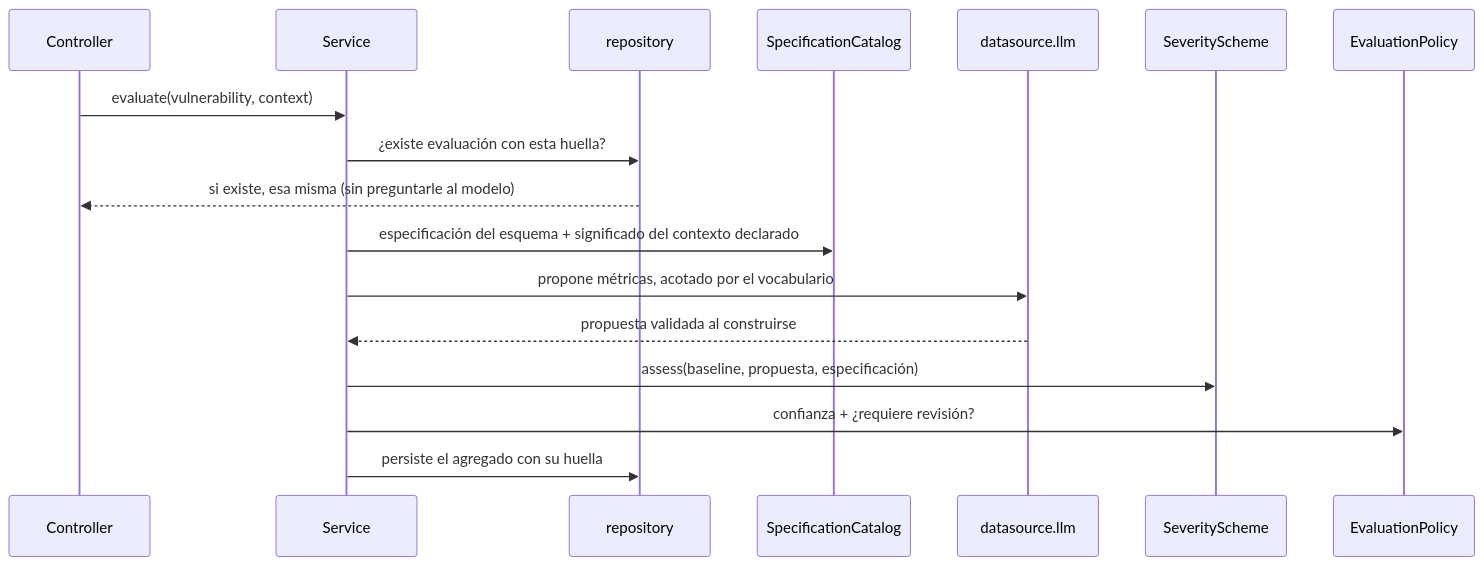
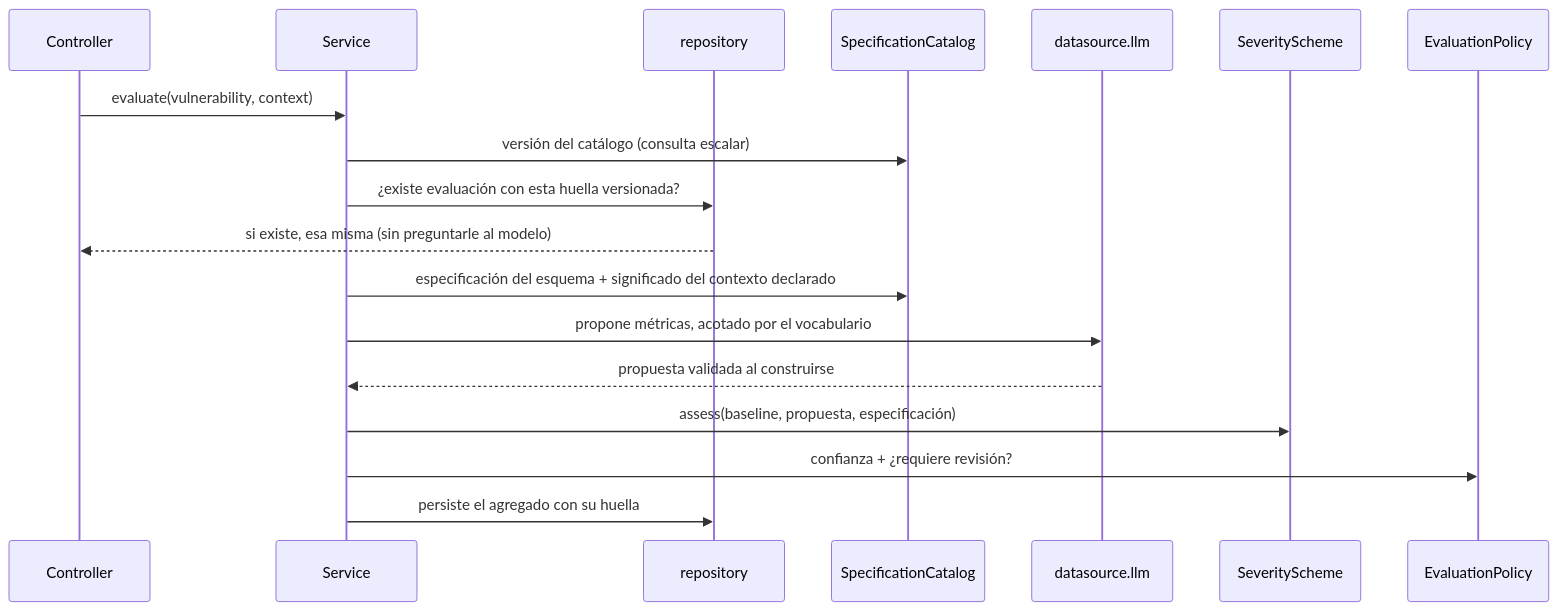
Before and after one commit to ssomma/vuln-severity-evaluator: the second of 2 diagrams in docs/guide/add/README.md, drawn with Mermaid. The commit also changed other lines of this file and 24 other files, not shown here.

````diff
--- a/docs/guide/add/README.md
+++ b/docs/guide/add/README.md
@@ -108,20 +108,21 @@
 ```mermaid
 sequenceDiagram
     participant C as Controller
     participant S as Service
     participant R as repository
     participant K as SpecificationCatalog
     participant M as datasource.llm
     participant E as SeverityScheme
     participant P as EvaluationPolicy
 
     C->>S: evaluate(vulnerability, context)
-    S->>R: ¿existe evaluación con esta huella?
+    S->>K: versión del catálogo (consulta escalar)
+    S->>R: ¿existe evaluación con esta huella versionada?
     R-->>C: si existe, esa misma (sin preguntarle al modelo)
     S->>K: especificación del esquema + significado del contexto declarado
     S->>M: propone métricas, acotado por el vocabulario
     M-->>S: propuesta validada al construirse
     S->>E: assess(baseline, propuesta, especificación)
     S->>P: confianza + ¿requiere revisión?
     S->>R: persiste el agregado con su huella
 ```
````
